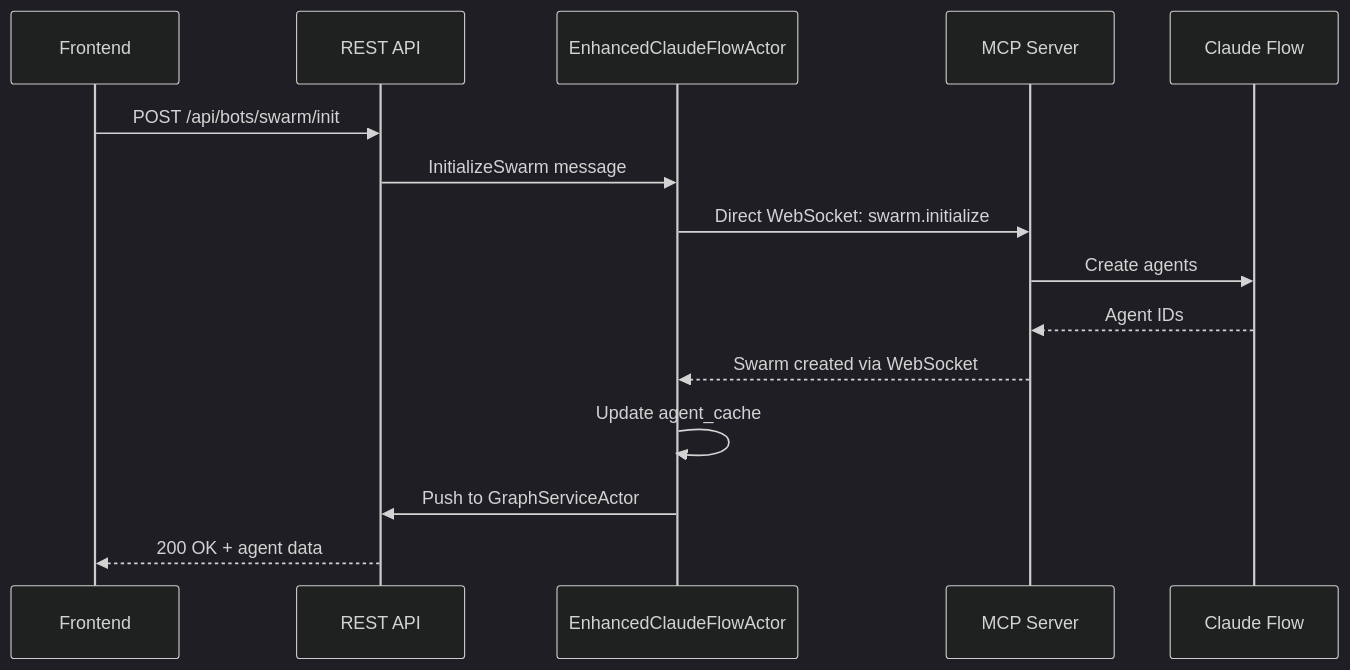
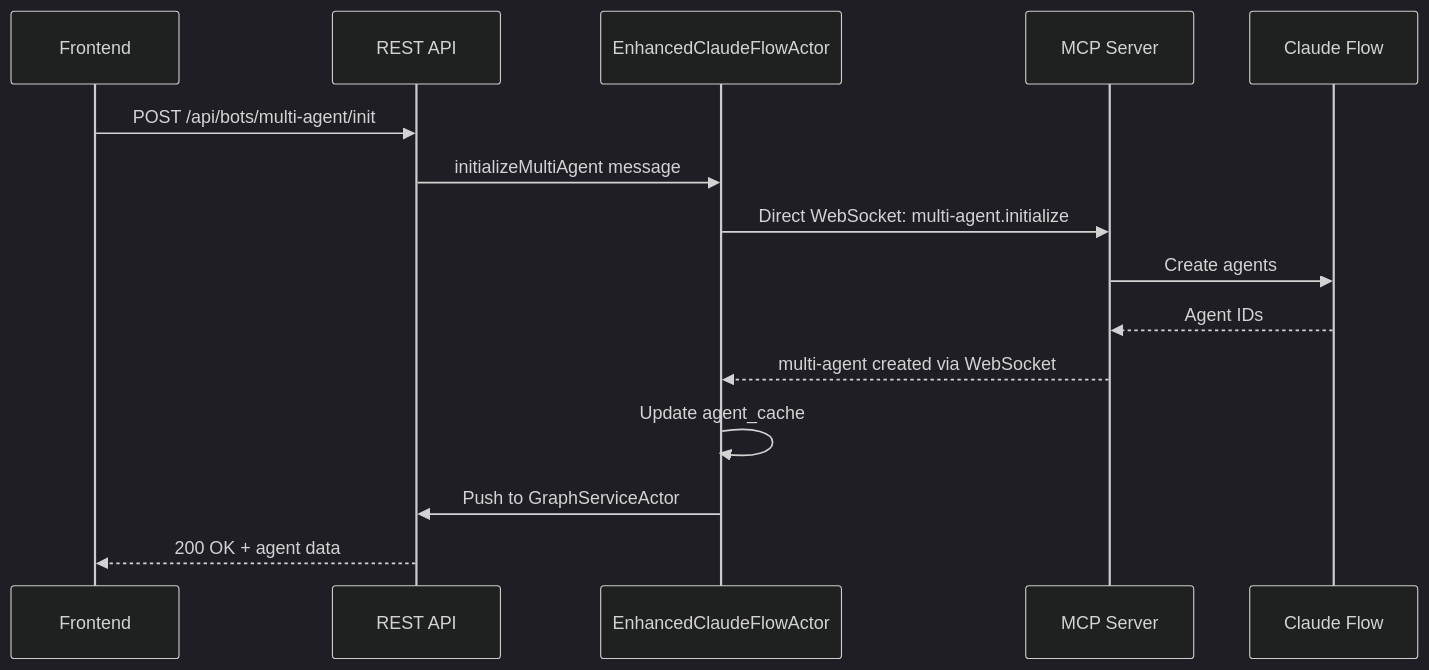
The second of 3 diagrams in docs/architecture/mcp-integration.md (DreamLab-AI/VisionFlow), drawn with Mermaid (dark theme) before and after one commit. The commit also changed other lines of this file and 62 other files, not shown here.

Commit message:
rename to multiAgent

````diff
--- a/docs/architecture/mcp-integration.md
+++ b/docs/architecture/mcp-integration.md
@@ -180,18 +180,18 @@
 ```mermaid
 sequenceDiagram
     participant UI as Frontend
     participant API as REST API
     participant ECFA as EnhancedClaudeFlowActor
     participant MCP as MCP Server
     participant CF as Claude Flow
-    
-    UI->>API: POST /api/bots/swarm/init
-    API->>ECFA: InitializeSwarm message
-    ECFA->>MCP: Direct WebSocket: swarm.initialize
+
+    UI->>API: POST /api/bots/multi-agent/init
+    API->>ECFA: initializeMultiAgent message
+    ECFA->>MCP: Direct WebSocket: multi-agent.initialize
     MCP->>CF: Create agents
     CF-->>MCP: Agent IDs
-    MCP-->>ECFA: Swarm created via WebSocket
+    MCP-->>ECFA: multi-agent created via WebSocket
     ECFA->>ECFA: Update agent_cache
     ECFA->>API: Push to GraphServiceActor
     API-->>UI: 200 OK + agent data
 ```
````
